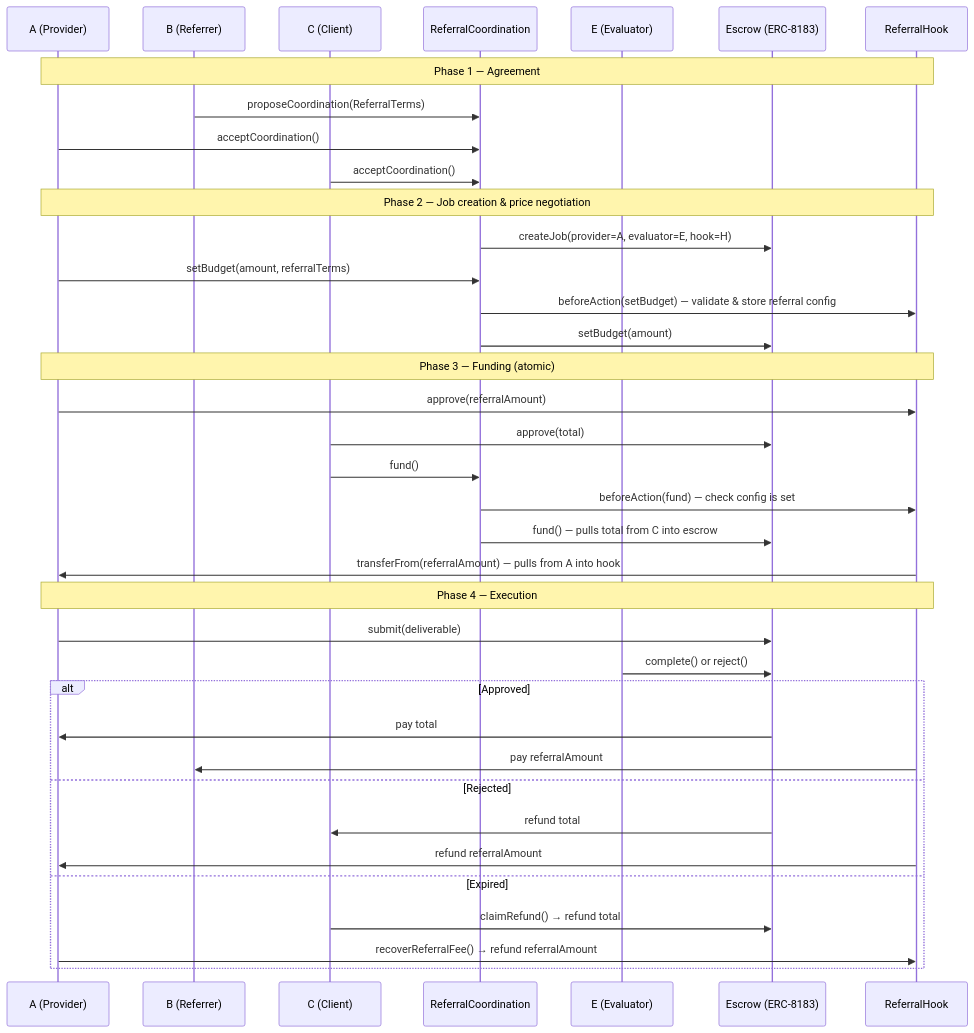
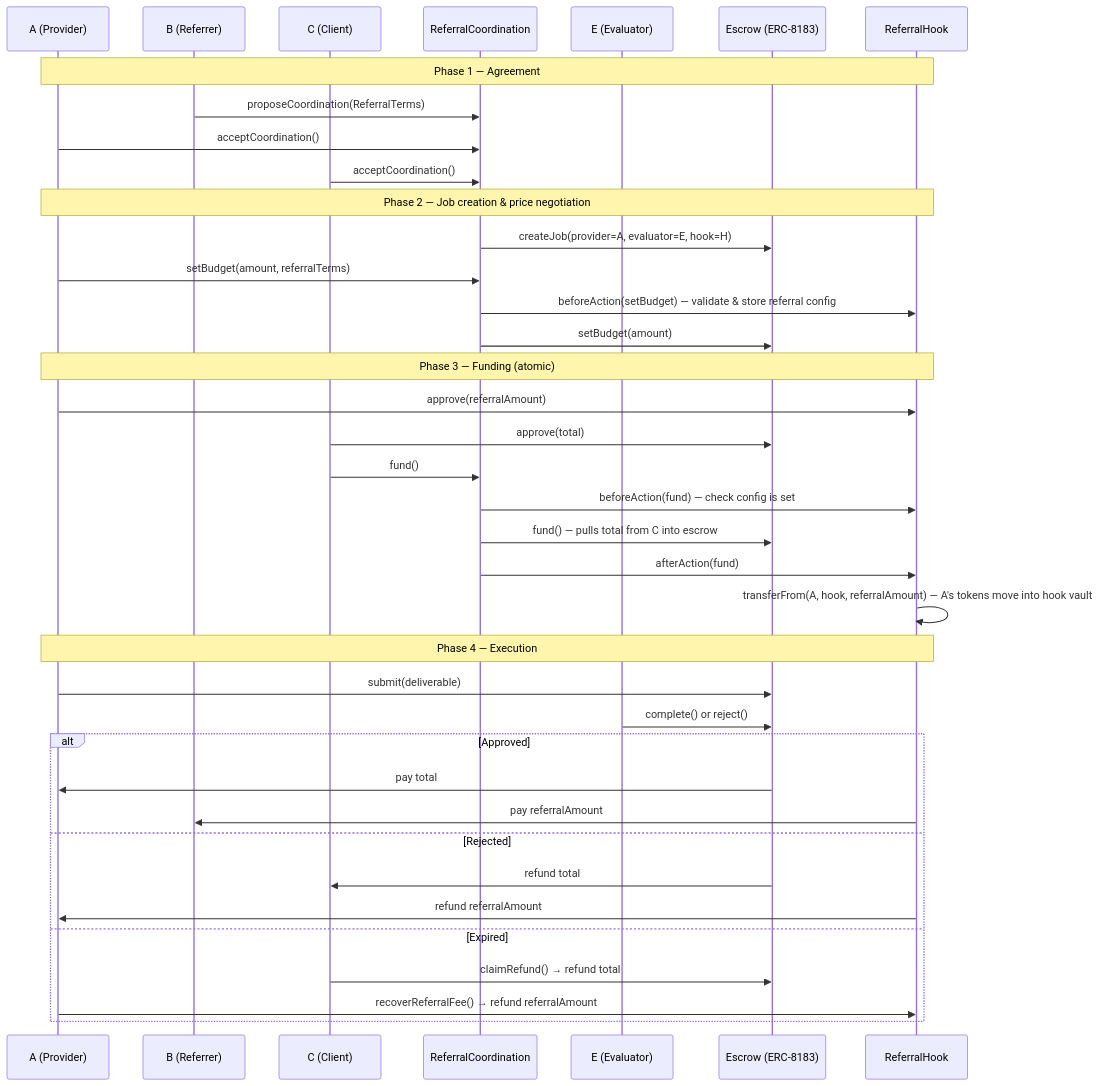
One commit to luca-nik/a2a-referral-erc changed the diagram in README.md. Above: the diagram before and after it, drawn with Mermaid.

Commit message:
Fix Mermaid diagram: add afterAction(fund) and correct token transfer direction

````diff
--- a/README.md
+++ b/README.md
@@ -57,48 +57,49 @@
 ```mermaid
 sequenceDiagram
     participant A as A (Provider)
     participant B as B (Referrer)
     participant C as C (Client)
     participant RC as ReferralCoordination
     participant E as E (Evaluator)
     participant ESC as Escrow (ERC-8183)
     participant H as ReferralHook
 
     note over A,H: Phase 1 — Agreement
 
     B->>RC: proposeCoordination(ReferralTerms)
     A->>RC: acceptCoordination()
     C->>RC: acceptCoordination()
 
     note over A,H: Phase 2 — Job creation & price negotiation
 
     RC->>ESC: createJob(provider=A, evaluator=E, hook=H)
     A->>RC: setBudget(amount, referralTerms)
     RC->>H: beforeAction(setBudget) — validate & store referral config
     RC->>ESC: setBudget(amount)
 
     note over A,H: Phase 3 — Funding (atomic)
 
     A->>H: approve(referralAmount)
     C->>ESC: approve(total)
     C->>RC: fund()
     RC->>H: beforeAction(fund) — check config is set
     RC->>ESC: fund() — pulls total from C into escrow
-    H->>A: transferFrom(referralAmount) — pulls from A into hook
+    RC->>H: afterAction(fund)
+    H->>H: transferFrom(A, hook, referralAmount) — A's tokens move into hook vault
 
     note over A,H: Phase 4 — Execution
 
     A->>ESC: submit(deliverable)
     E->>ESC: complete() or reject()
 
     alt Approved
         ESC->>A: pay total
         H->>B: pay referralAmount
     else Rejected
         ESC->>C: refund total
         H->>A: refund referralAmount
     else Expired
         C->>ESC: claimRefund() → refund total
         A->>H: recoverReferralFee() → refund referralAmount
     end
 ```
````
